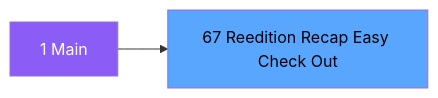
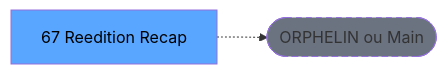
One commit to thonyAGP/lecteur-magic changed the second of 3 diagrams in .openspec/specs/ADH-IDE-67.md. Above: the diagram before and after it, drawn with Mermaid. The commit also changed other lines of this file and 701 other files, not shown here.

````diff
--- a/.openspec/specs/ADH-IDE-67.md
+++ b/.openspec/specs/ADH-IDE-67.md
@@ -110,8 +117,8 @@
 ```mermaid
 graph LR
-    M[1 Main]
-    T[67 Reedition Recap Easy Check Out]
-    M --> T
-    style M fill:#8b5cf6,color:#fff
+    T[67 Reedition Recap]
+    ORPHAN([ORPHELIN ou Main])
+    T -.-> ORPHAN
     style T fill:#58a6ff,color:#000
+    style ORPHAN fill:#6b7280,stroke-dasharray: 5 5
 ```
````
